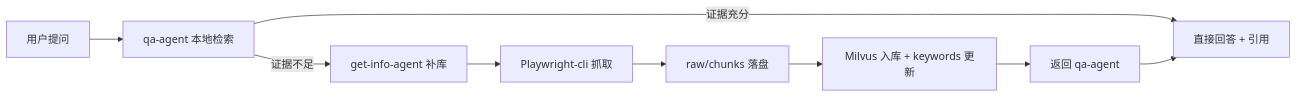
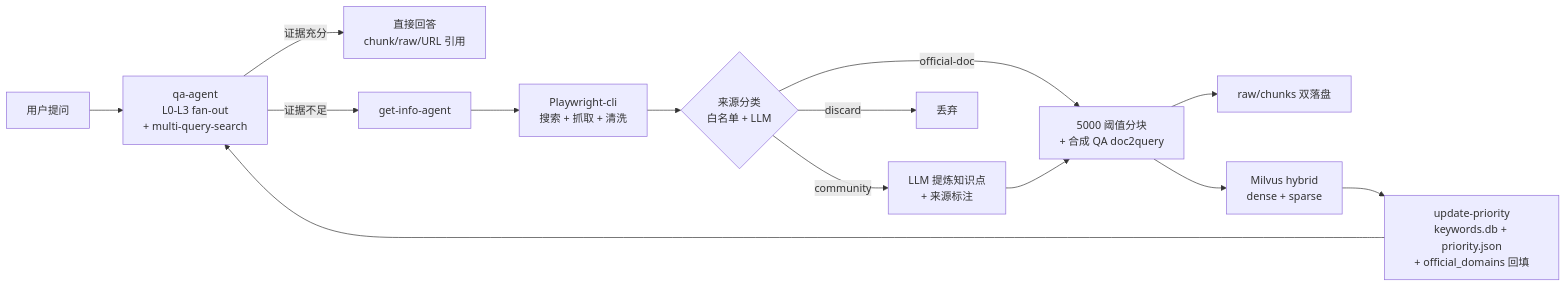
Before and after one commit to mengsi16/brain-base: the first of 3 diagrams in README.md, drawn with Mermaid. The commit also changed other lines of this file and 6 other files, not shown here.

````diff
--- a/README.md
+++ b/README.md
@@ -45,11 +45,16 @@
 ```mermaid
 flowchart LR
-    A[用户提问] --> B[qa-agent 本地检索]
-    B -->|证据充分| C[直接回答 + 引用]
-    B -->|证据不足| D[get-info-agent 补库]
-    D --> E[Playwright-cli 抓取]
-    E --> F[raw/chunks 落盘]
-    F --> G[Milvus 入库 + keywords 更新]
-    G --> H[返回 qa-agent]
-    H --> C
+    U[用户提问] --> QA[qa-agent<br/>L0-L3 fan-out<br/>+ multi-query-search]
+    QA -->|证据充分| ANS[直接回答<br/>chunk/raw/URL 引用]
+    QA -->|证据不足| GI[get-info-agent]
+    GI --> CRAWL[Playwright-cli<br/>搜索 + 抓取 + 清洗]
+    CRAWL --> CLS{来源分类<br/>白名单 + LLM}
+    CLS -->|official-doc| STORE[5000 阈值分块<br/>+ 合成 QA doc2query]
+    CLS -->|community| EXT[LLM 提炼知识点<br/>+ 来源标注]
+    CLS -->|discard| DROP[丢弃]
+    EXT --> STORE
+    STORE --> FS[raw/chunks 双落盘]
+    STORE --> MV[Milvus hybrid<br/>dense + sparse]
+    MV --> UP[update-priority<br/>keywords.db + priority.json<br/>+ official_domains 回填]
+    UP --> QA
 ```
````
